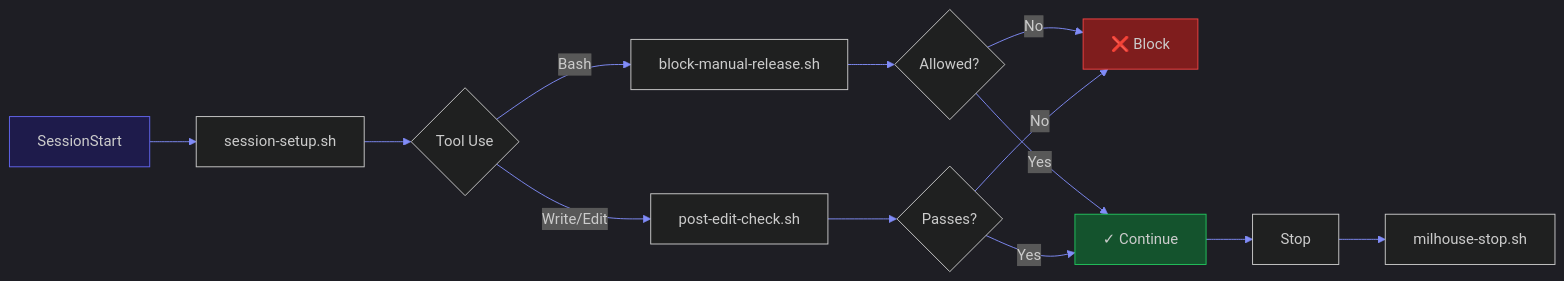
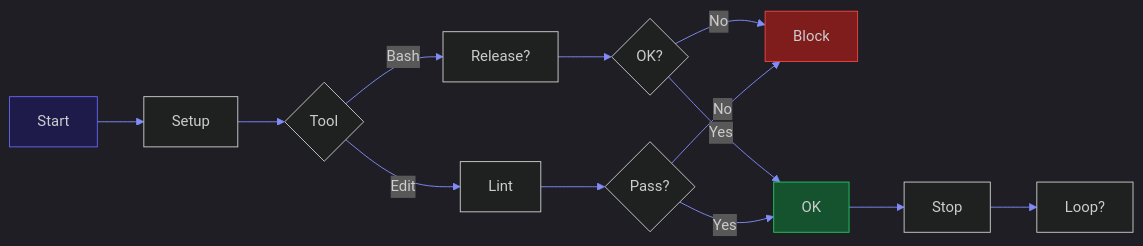
The second of 4 diagrams in README.md (blueraai/bluera-base), drawn with Mermaid before and after one commit. The commit also changed other lines of this file and 1 other file, not shown here.

First line of the commit message:
fix(mermaid): shorten diagram labels to prevent GitHub truncation

````diff
--- a/README.md
+++ b/README.md
@@ -97,20 +97,20 @@
 ```mermaid
 %%{init: {'theme': 'dark', 'themeVariables': { 'primaryColor': '#6366f1', 'primaryTextColor': '#f8fafc', 'primaryBorderColor': '#818cf8', 'lineColor': '#818cf8', 'secondaryColor': '#1e1b4b', 'tertiaryColor': '#312e81'}}}%%
 flowchart LR
-    A[SessionStart] --> B[session-setup.sh]
-    B --> C{Tool Use}
-    C -->|"Bash"| D[block-manual-release.sh]
-    C -->|"Write/Edit"| E[post-edit-check.sh]
-    D --> F{Allowed?}
-    E --> G{Passes?}
-    F -->|No| H[❌ Block]
-    F -->|Yes| I[✓ Continue]
+    A[Start] --> B[Setup]
+    B --> C{Tool}
+    C -->|Bash| D[Release?]
+    C -->|Edit| E[Lint]
+    D --> F{OK?}
+    E --> G{Pass?}
+    F -->|No| H[Block]
+    F -->|Yes| I[OK]
     G -->|No| H
     G -->|Yes| I
     I --> J[Stop]
-    J --> K[milhouse-stop.sh]
+    J --> K[Loop?]
 
     style A fill:#1e1b4b,stroke:#6366f1
     style H fill:#7f1d1d,stroke:#ef4444
     style I fill:#14532d,stroke:#22c55e
 ```
````
